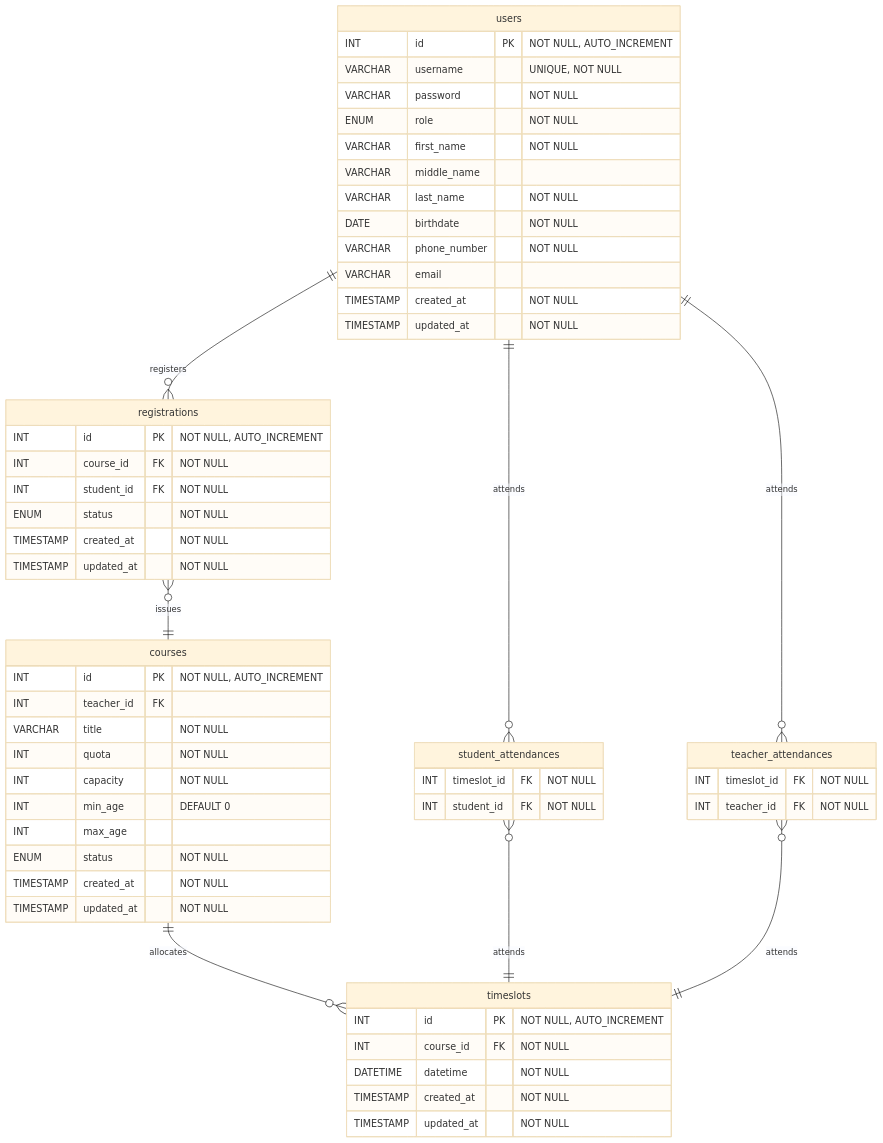
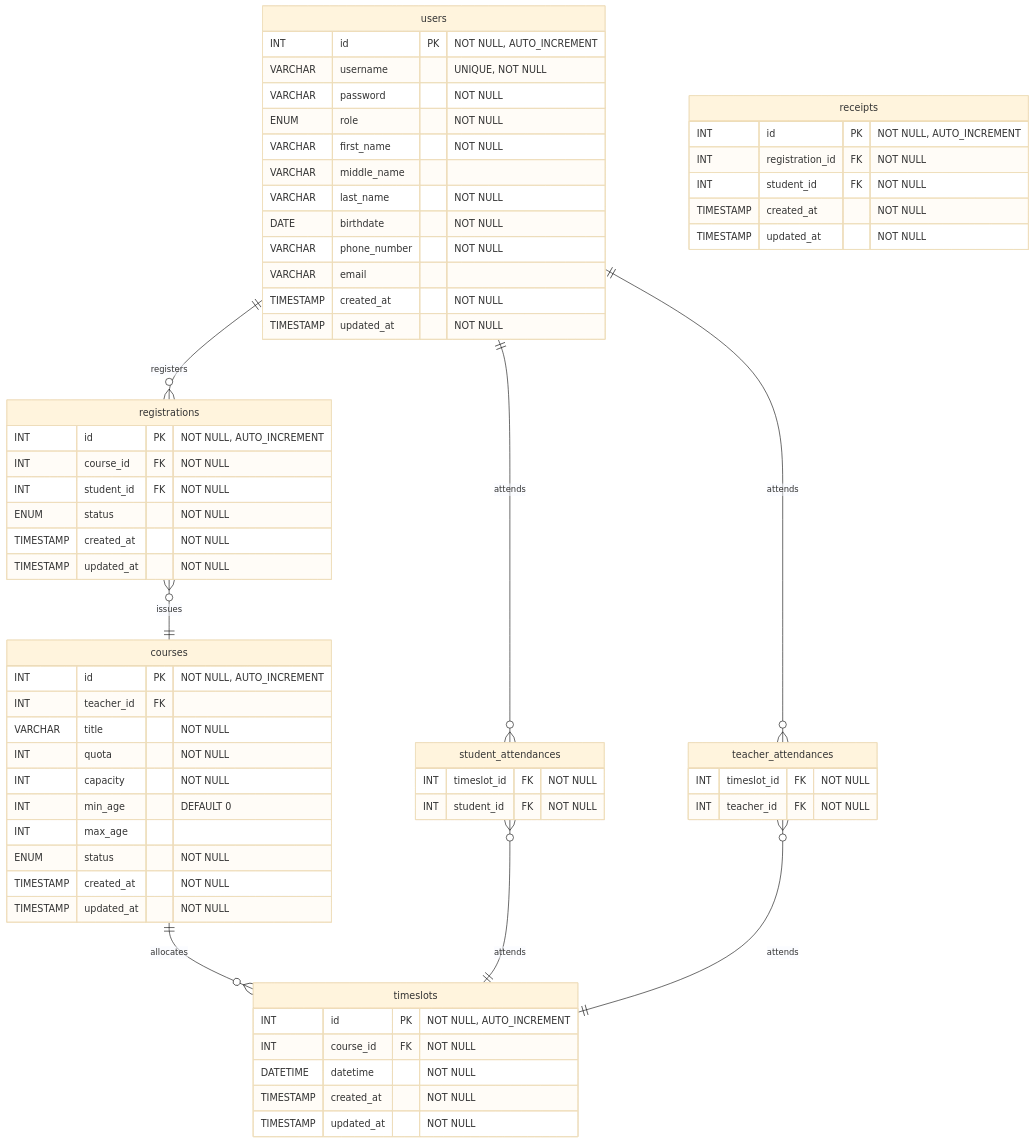
The diagram in Design/er.md (SaluteKevin/AQkid), drawn with Mermaid (base theme) before and after one commit. The commit also changed other lines of this file and 1 other file, not shown here.

Commit message:
Style external URL field

````diff
--- a/Design/er.md
+++ b/Design/er.md
@@ -3,67 +5,75 @@
 ```mermaid
 erDiagram
     users {
         INT id PK "NOT NULL, AUTO_INCREMENT"
         VARCHAR username "UNIQUE, NOT NULL"
         VARCHAR password "NOT NULL"
         ENUM role "NOT NULL"
         VARCHAR first_name "NOT NULL"
         VARCHAR middle_name
         VARCHAR last_name "NOT NULL"
         DATE birthdate "NOT NULL"
         VARCHAR phone_number "NOT NULL"
         VARCHAR email
         TIMESTAMP created_at "NOT NULL"
         TIMESTAMP updated_at "NOT NULL"
     }
 
     courses {
         INT id PK "NOT NULL, AUTO_INCREMENT"
         INT teacher_id FK
         VARCHAR title "NOT NULL"
         INT quota "NOT NULL"
         INT capacity "NOT NULL"
         INT min_age "DEFAULT 0"
         INT max_age
         ENUM status "NOT NULL"
         TIMESTAMP created_at "NOT NULL"
         TIMESTAMP updated_at "NOT NULL"
     }
 
     registrations {
         INT id PK "NOT NULL, AUTO_INCREMENT"
         INT course_id FK "NOT NULL"
         INT student_id FK "NOT NULL"
         ENUM status "NOT NULL"
         TIMESTAMP created_at "NOT NULL"
         TIMESTAMP updated_at "NOT NULL"
     }
 
+    receipts {
+        INT id PK "NOT NULL, AUTO_INCREMENT"
+        INT registration_id FK "NOT NULL"
+        INT student_id FK "NOT NULL"
+        TIMESTAMP created_at "NOT NULL"
+        TIMESTAMP updated_at "NOT NULL"
+    }
+
     timeslots {
         INT id PK "NOT NULL, AUTO_INCREMENT"
         INT course_id FK "NOT NULL"
         DATETIME datetime "NOT NULL"
         TIMESTAMP created_at "NOT NULL"
         TIMESTAMP updated_at "NOT NULL"
     }
 
     student_attendances {
         INT timeslot_id FK "NOT NULL"
         INT student_id FK "NOT NULL"
     }
 
     teacher_attendances {
         INT timeslot_id FK "NOT NULL"
         INT teacher_id FK "NOT NULL"
     }
 
     users ||--o{ registrations : registers
     registrations }o--|| courses : issues
     courses ||--o{ timeslots : allocates
 
     users ||--o{ student_attendances  : attends
     student_attendances }o--|| timeslots : attends
 
     users ||--o{ teacher_attendances  : attends
     teacher_attendances }o--|| timeslots : attends
 ```
````
